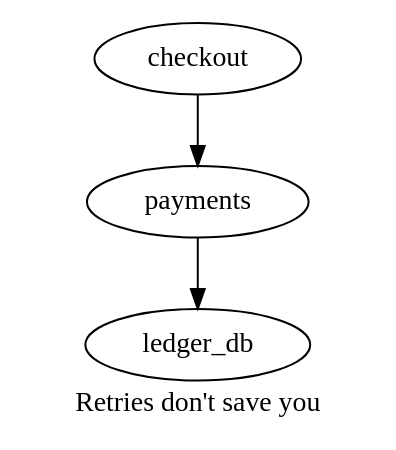
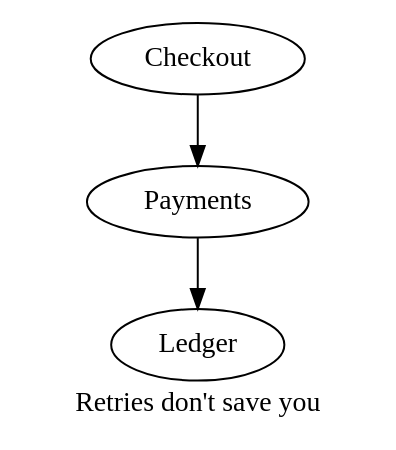
One commit to bayneri/nines changed the diagram in scenarios/checkout.dot. Above: the diagram before and after it, drawn with Graphviz. The commit also changed 25 other files, not shown here.

First line of the commit message:
Revamp the UI: Learn and Model modes, card graph, results pane

```diff
--- a/scenarios/checkout.dot
+++ b/scenarios/checkout.dot
@@ -1,8 +1,12 @@
 // Retries re-roll transient failures of payments, but an outage of the
 // ledger lasts across every attempt.
 digraph checkout {
     graph [entry=checkout, label="Retries don't save you"];
 
     checkout -> payments [retries=3, timeout_ms=800];
     payments -> ledger_db [timeout_ms=200];
+
+    checkout [icon=web, label="Checkout"];
+    payments [label="Payments"];
+    ledger_db [icon=database, label="Ledger"];
 }
```
